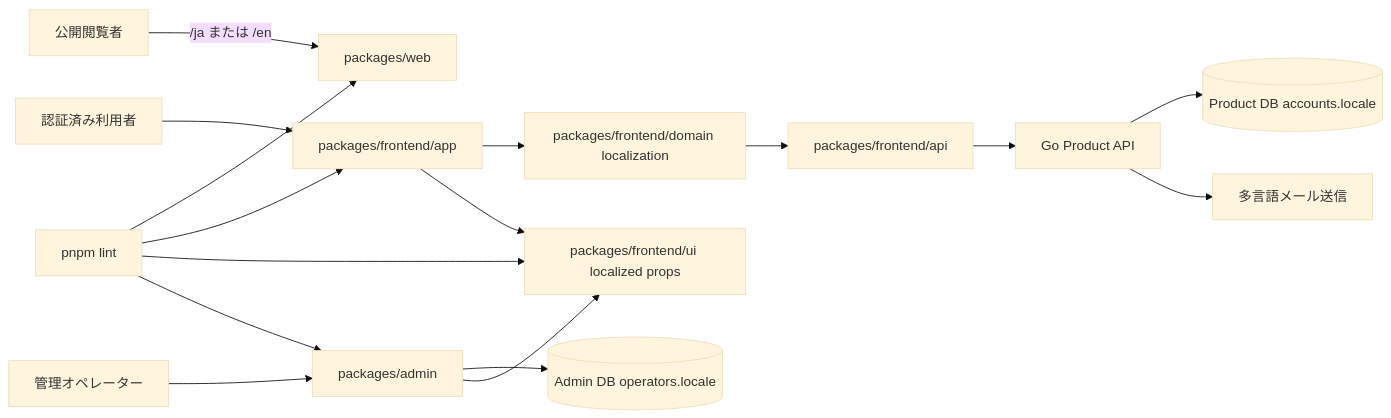
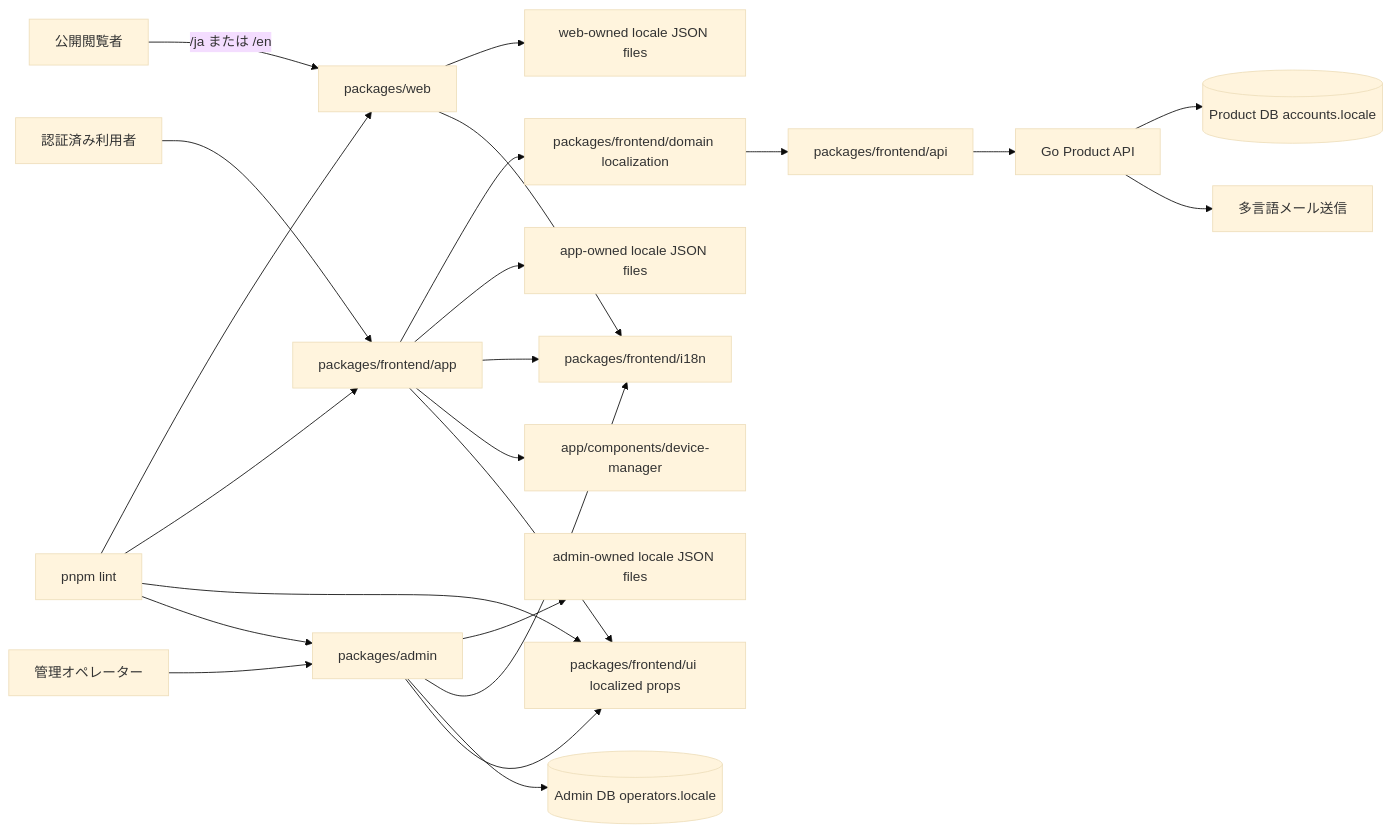
One commit to witwire-net/www-template changed the first of 6 diagrams in openspec/changes/add-default-i18n/design.md. Above: the diagram before and after it, drawn with Mermaid (base theme). The commit also changed other lines of this file and 3 other files, not shown here.

````diff
--- a/openspec/changes/add-default-i18n/design.md
+++ b/openspec/changes/add-default-i18n/design.md
@@ -252,18 +300,29 @@
 ```mermaid
 flowchart LR
   Visitor[公開閲覧者] -->|/ja または /en| Web[packages/web]
   User[認証済み利用者] --> App[packages/frontend/app]
   App --> Domain[packages/frontend/domain localization]
   Domain --> ApiClient[packages/frontend/api]
   ApiClient --> ProductAPI[Go Product API]
   ProductAPI --> ProductDB[(Product DB accounts.locale)]
   ProductAPI --> Mailer[多言語メール送信]
+  I18n[packages/frontend/i18n]
+  WebMessages[web-owned locale JSON files]
+  AppMessages[app-owned locale JSON files]
+  AdminMessages[admin-owned locale JSON files]
+  Web --> WebMessages
+  App --> AppMessages
+  Admin --> AdminMessages
+  Web --> I18n
+  App --> I18n
+  App --> AppDeviceManager[app/components/device-manager]
+  Admin --> I18n
   App --> UI[packages/frontend/ui localized props]
   Operator[管理オペレーター] --> Admin[packages/admin]
   Admin --> AdminDB[(Admin DB operators.locale)]
   Admin --> UI
   Lint[pnpm lint] --> Web
   Lint --> App
   Lint --> UI
   Lint --> Admin
 ```
````
